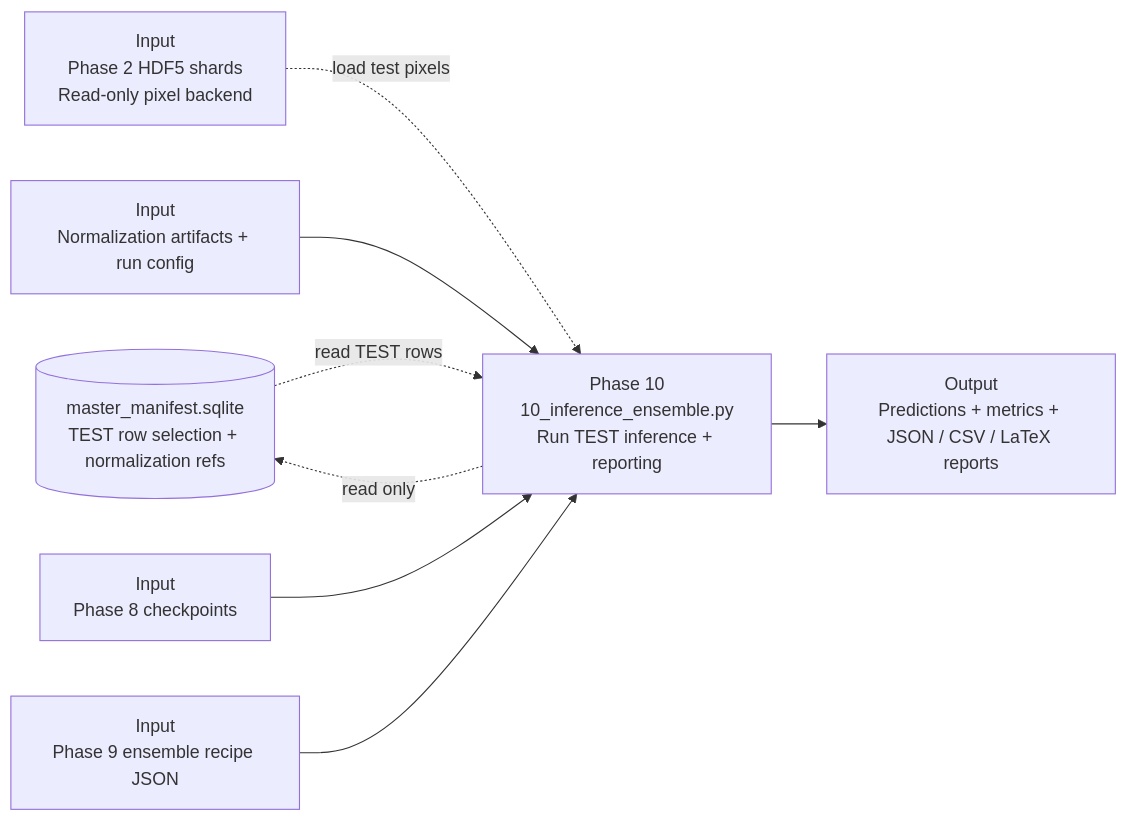
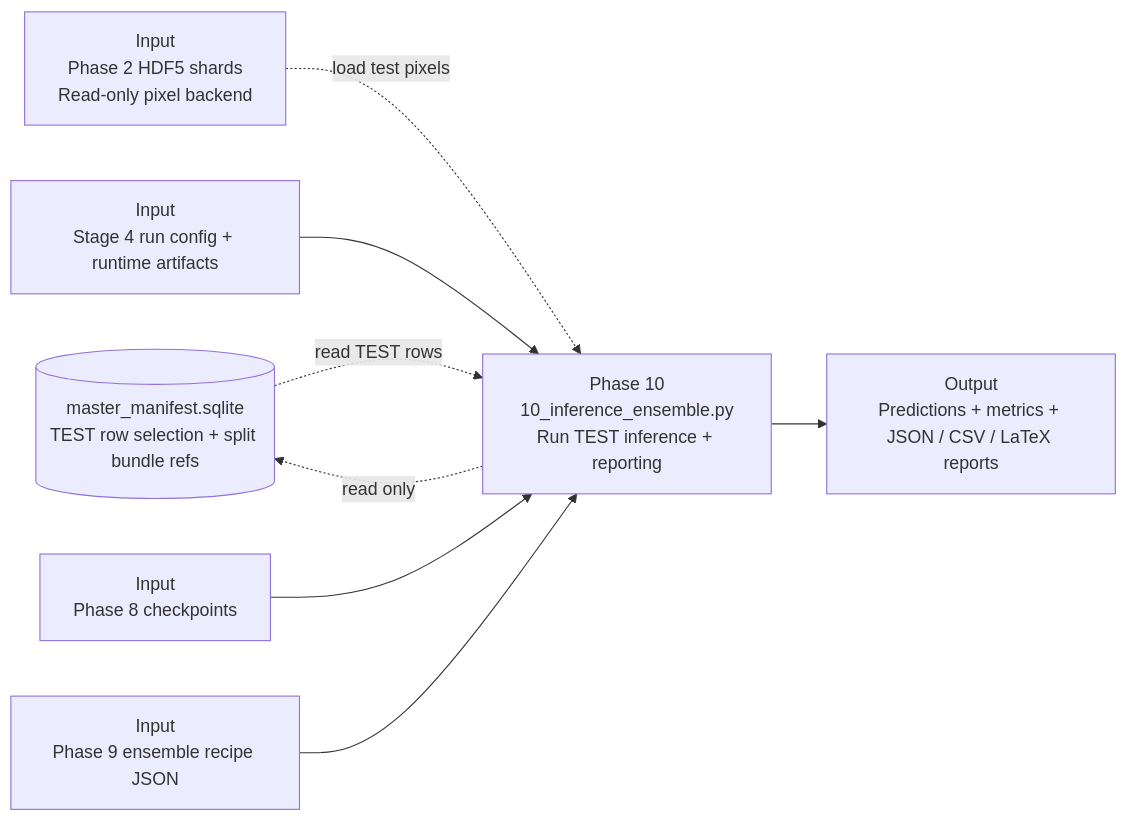
One commit to bhnunes/Master_Coding changed the diagram in MERMAID/phase_10_inference.mermaid. Above: the diagram before and after it, drawn with Mermaid. The commit also changed 56 other files, not shown here.

First line of the commit message:
Add runtime normalization method handling and related tests

```diff
--- a/MERMAID/phase_10_inference.mermaid
+++ b/MERMAID/phase_10_inference.mermaid
@@ -1,16 +1,16 @@
 flowchart LR
-    manifest[(master_manifest.sqlite<br/>TEST row selection + normalization refs)]
+    manifest[(master_manifest.sqlite<br/>TEST row selection + split bundle refs)]
     shards[Input<br/>Phase 2 HDF5 shards<br/>Read-only pixel backend]
-    phase4_outputs[Input<br/>Normalization artifacts + run config]
+    phase4_outputs[Input<br/>Stage 4 run config + runtime artifacts]
     checkpoints[Input<br/>Phase 8 checkpoints]
     recipe[Input<br/>Phase 9 ensemble recipe JSON]
     p10[Phase 10<br/>10_inference_ensemble.py<br/>Run TEST inference + reporting]
     outputs[Output<br/>Predictions + metrics + JSON / CSV / LaTeX reports]
 
     manifest -. read TEST rows .-> p10
     shards -. load test pixels .-> p10
     phase4_outputs --> p10
     checkpoints --> p10
     recipe --> p10
     p10 --> outputs
     p10 -. read only .-> manifest
```
